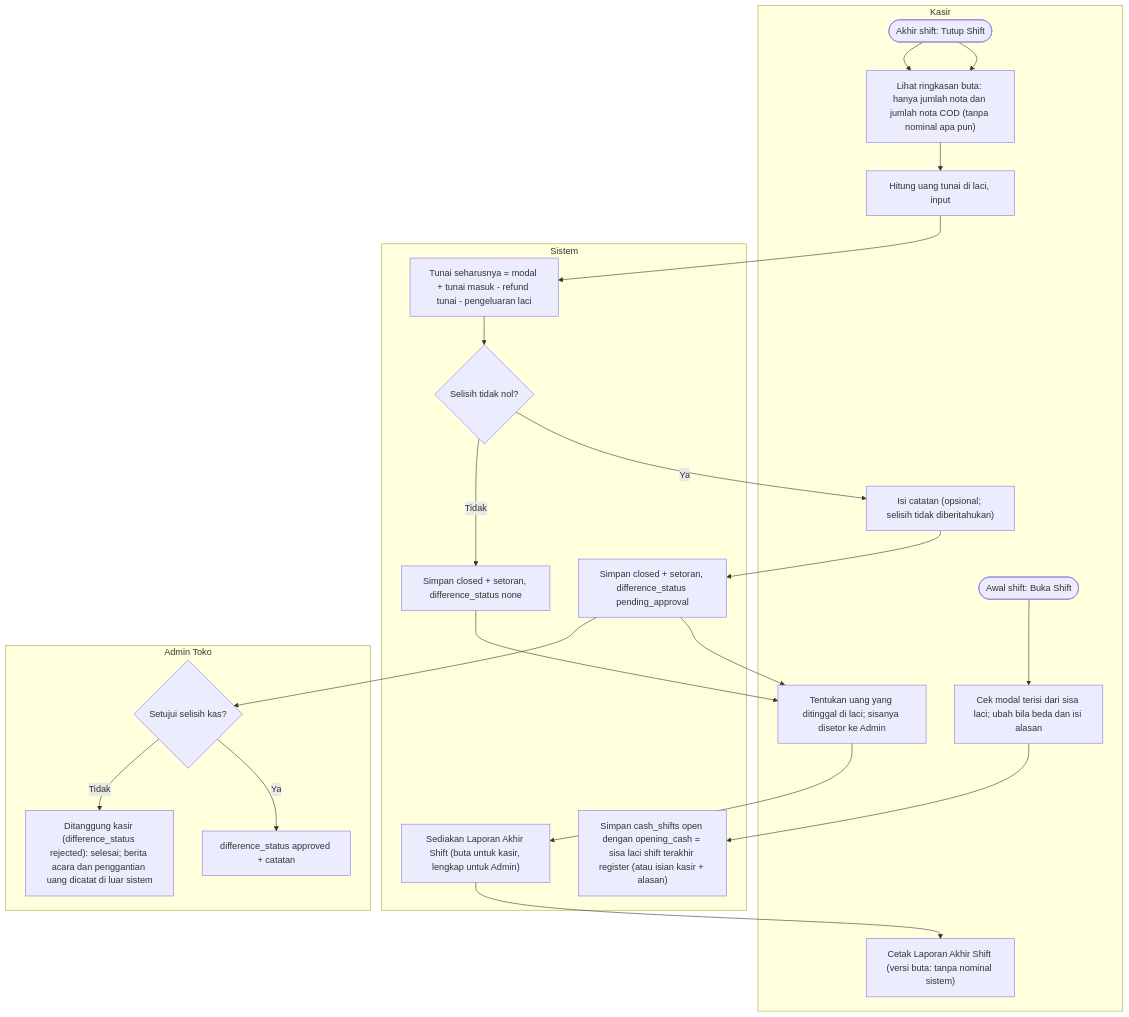
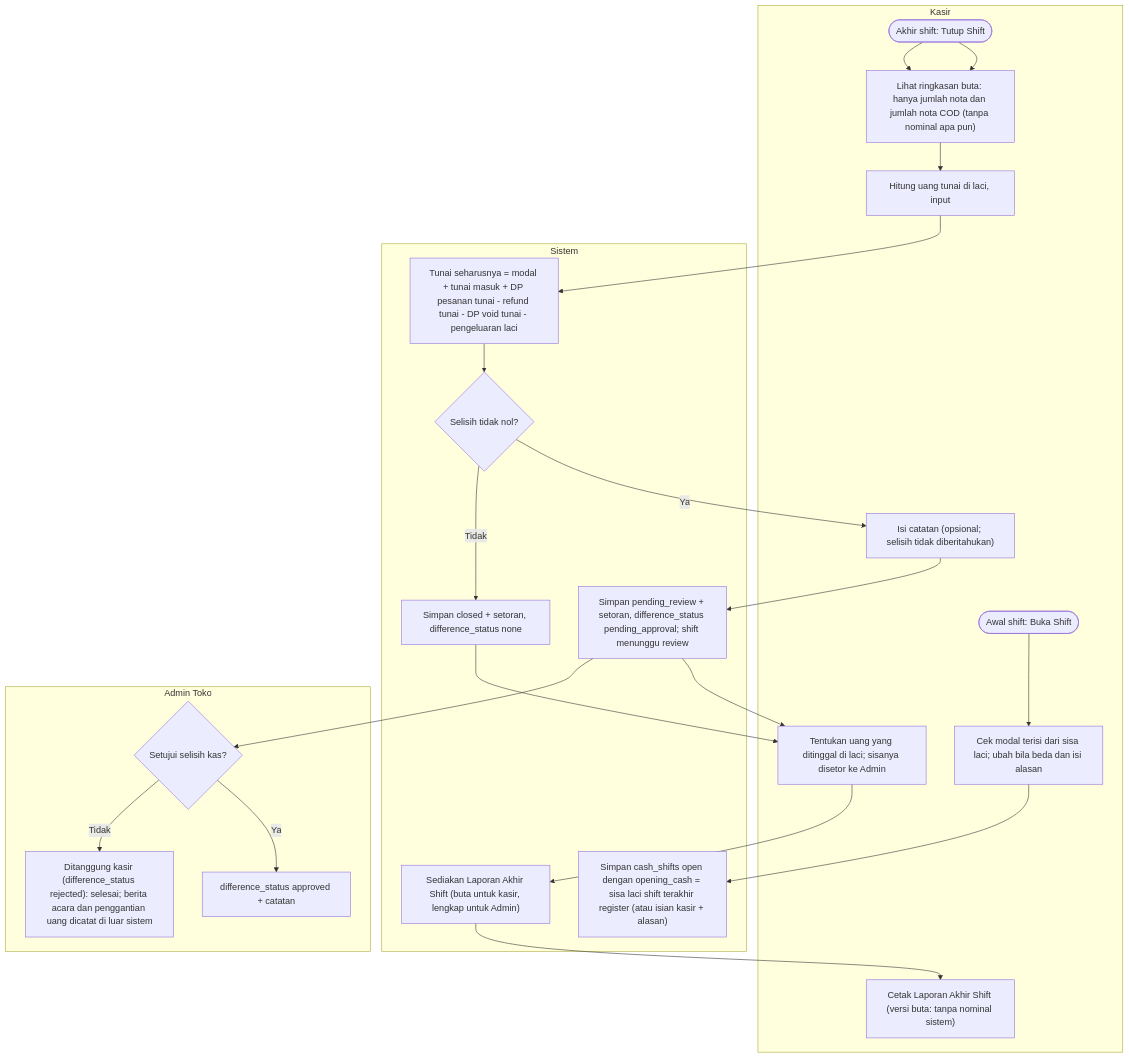
Before and after one commit to aliefpraditya/store-management: the tenth of 30 diagrams in docs/analisis-sistem.md, drawn with Mermaid. The commit also changed other lines of this file and 39 other files, not shown here.

````diff
--- a/docs/analisis-sistem.md
+++ b/docs/analisis-sistem.md
@@ -655,34 +655,34 @@
 ```mermaid
 flowchart TD
     subgraph KS["Kasir"]
         K0(["Awal shift: Buka Shift"]) --> K0b["Cek modal terisi dari sisa laci; ubah bila beda dan isi alasan"]
         K1(["Akhir shift: Tutup Shift"]) --> K2["Lihat ringkasan buta: hanya jumlah nota dan jumlah nota COD (tanpa nominal apa pun)"]
         K3["Hitung uang tunai di laci, input"]
         K5["Isi catatan (opsional; selisih tidak diberitahukan)"]
         K7["Tentukan uang yang ditinggal di laci; sisanya disetor ke Admin"]
         K8["Cetak Laporan Akhir Shift (versi buta: tanpa nominal sistem)"]
     end
     subgraph SYS["Sistem"]
         S0["Simpan cash_shifts open dengan opening_cash = sisa laci shift terakhir register (atau isian kasir + alasan)"]
-        S2["Tunai seharusnya = modal + tunai masuk - refund tunai - pengeluaran laci"]
+        S2["Tunai seharusnya = modal + tunai masuk + DP pesanan tunai - refund tunai - DP void tunai - pengeluaran laci"]
         S3{"Selisih tidak nol?"}
-        S4["Simpan closed + setoran, difference_status pending_approval"]
+        S4["Simpan pending_review + setoran, difference_status pending_approval; shift menunggu review"]
         S4b["Simpan closed + setoran, difference_status none"]
         S5["Sediakan Laporan Akhir Shift (buta untuk kasir, lengkap untuk Admin)"]
     end
     subgraph ADM["Admin Toko"]
         A1{"Setujui selisih kas?"}
         A2["difference_status approved + catatan"]
         A3["Ditanggung kasir (difference_status rejected): selesai; berita acara dan penggantian uang dicatat di luar sistem"]
     end
     K0b --> S0
     K1 --> K2 --> K3 --> S2 --> S3
     S3 -->|"Ya"| K5 --> S4
     S3 -->|"Tidak"| S4b
     S4 --> K7
     S4b --> K7
     K7 --> S5 --> K8
     S4 --> A1
     A1 -->|"Ya"| A2
     A1 -->|"Tidak"| A3
 ```
````
